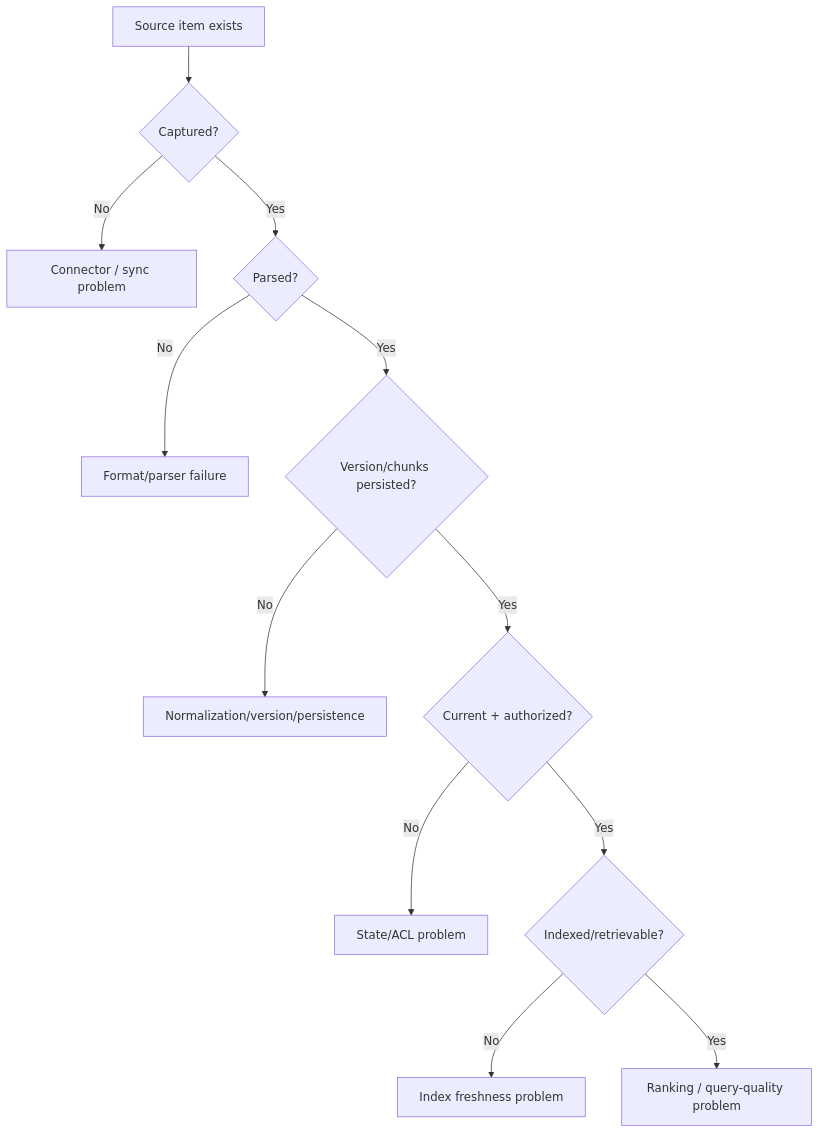
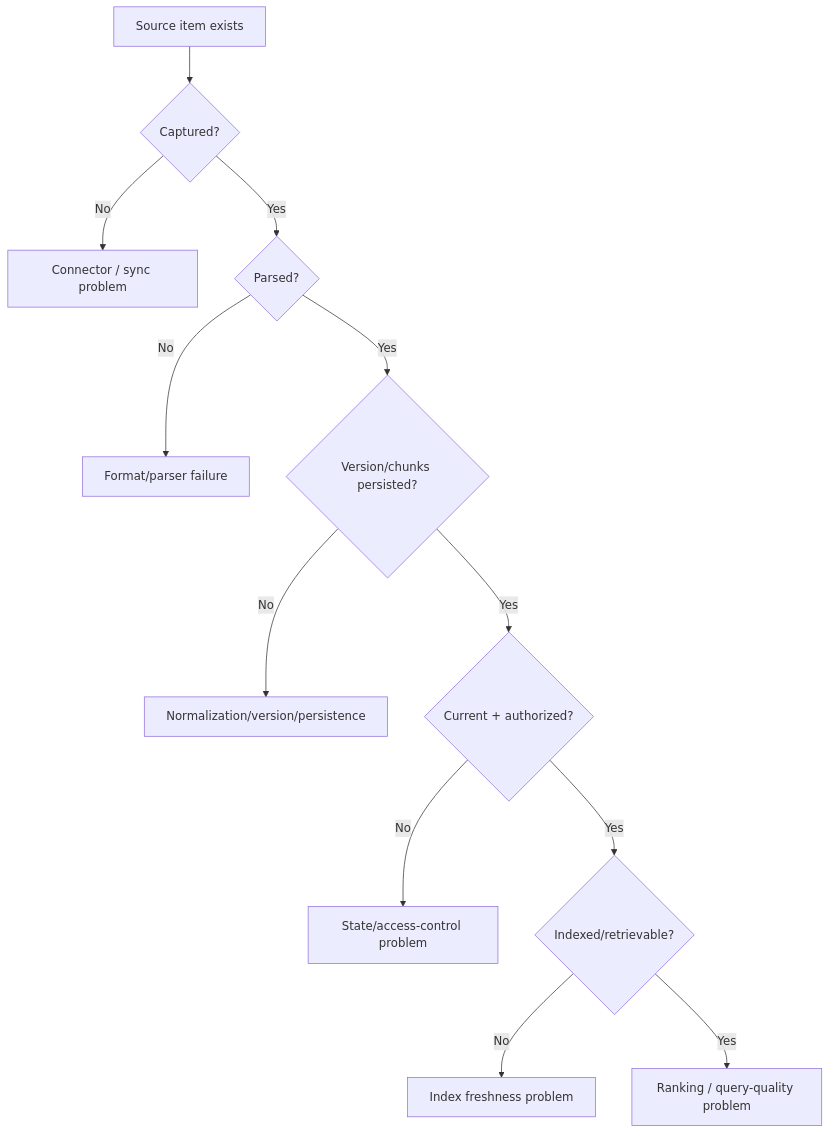
Before and after one commit to kumarchandansingh/tropos: diagram 15 of 17 in docs/learning/ENTERPRISE_KNOWLEDGE_SYSTEMS_INTERVIEW_GUIDE.md, drawn with Mermaid. The commit also changed other lines of this file and 6 other files, not shown here.

First line of the commit message:
docs: fix Mermaid concurrency diagram and expand technical shorthand

````diff
--- a/docs/learning/ENTERPRISE_KNOWLEDGE_SYSTEMS_INTERVIEW_GUIDE.md
+++ b/docs/learning/ENTERPRISE_KNOWLEDGE_SYSTEMS_INTERVIEW_GUIDE.md
@@ -806,14 +808,14 @@
 ```mermaid
 flowchart TD
     A[Source item exists] --> B{Captured?}
     B -->|No| B1[Connector / sync problem]
     B -->|Yes| C{Parsed?}
     C -->|No| C1[Format/parser failure]
     C -->|Yes| D{Version/chunks persisted?}
     D -->|No| D1[Normalization/version/persistence]
     D -->|Yes| E{Current + authorized?}
-    E -->|No| E1[State/ACL problem]
+    E -->|No| E1[State/access-control problem]
     E -->|Yes| F{Indexed/retrievable?}
     F -->|No| F1[Index freshness problem]
     F -->|Yes| G[Ranking / query-quality problem]
 ```
````
